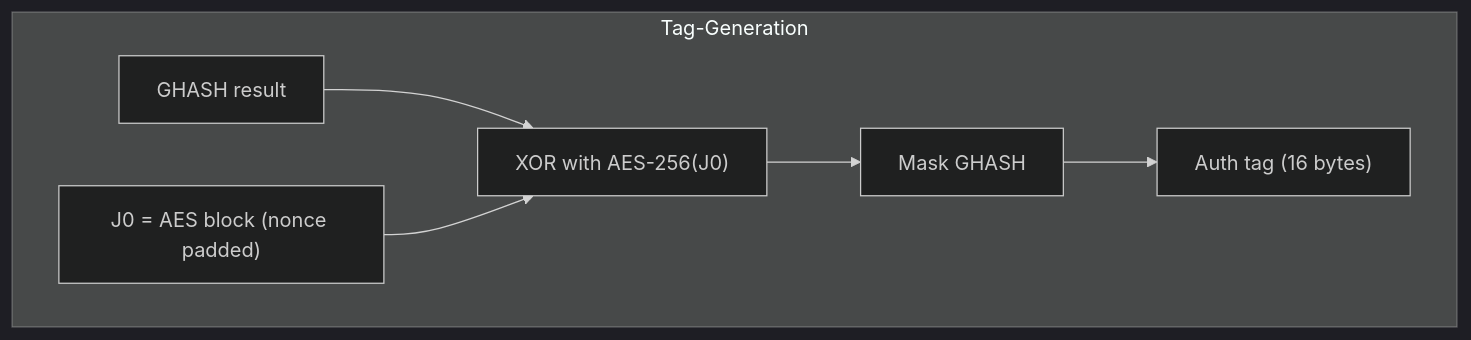
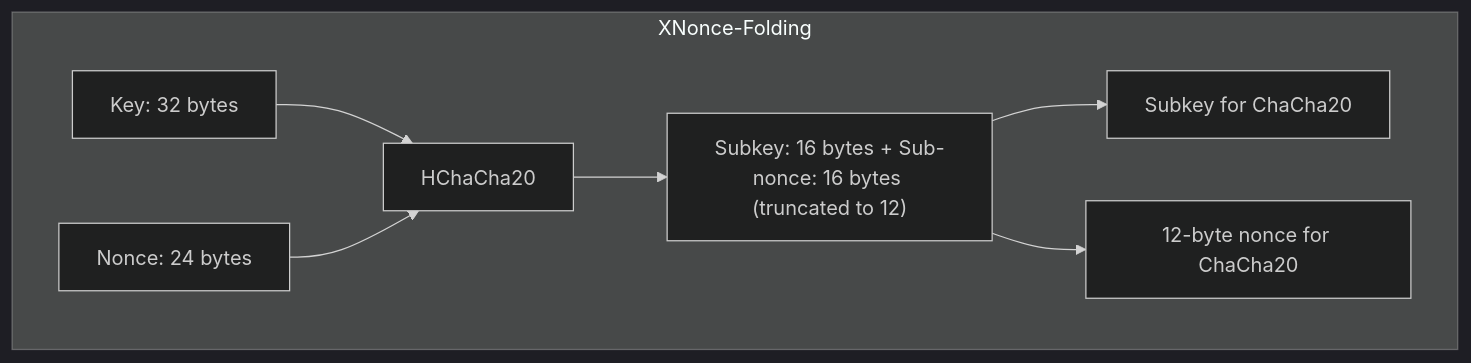
One commit to chithi-dev/chithi changed the ninth of 33 diagrams in apps/docs/crypto-architecture.md. Above: the diagram before and after it, drawn with Mermaid (dark theme). The commit also changed other lines of this file, not shown here.

First line of the commit message:
docs: update crypto-architecture.md for XChaCha20-Poly1305 migration

````diff
--- a/apps/docs/crypto-architecture.md
+++ b/apps/docs/crypto-architecture.md
@@ -344,9 +263,10 @@
 ```mermaid
 flowchart TD
-    subgraph Tag-Generation
-        G["GHASH result"] --> XorJ0["XOR with AES-256(J0)"]
-        J0["J0 = AES block (nonce padded)"] --> XorJ0
-        XorJ0 --> Mask["Mask GHASH"]
-        Mask --> Tag["Auth tag (16 bytes)"]
+    subgraph XNonce-Folding
+        K["Key: 32 bytes"] --> HCHACHA["HChaCha20"]
+        N["Nonce: 24 bytes"] --> HCHACHA["HChaCha20"]
+        HCHACHA --> Out["Subkey: 16 bytes + Sub-nonce: 16 bytes (truncated to 12)"]
+        Out --> SubK["Subkey for ChaCha20"]
+        Out --> SubN["12-byte nonce for ChaCha20"]
     end
 ```
````
